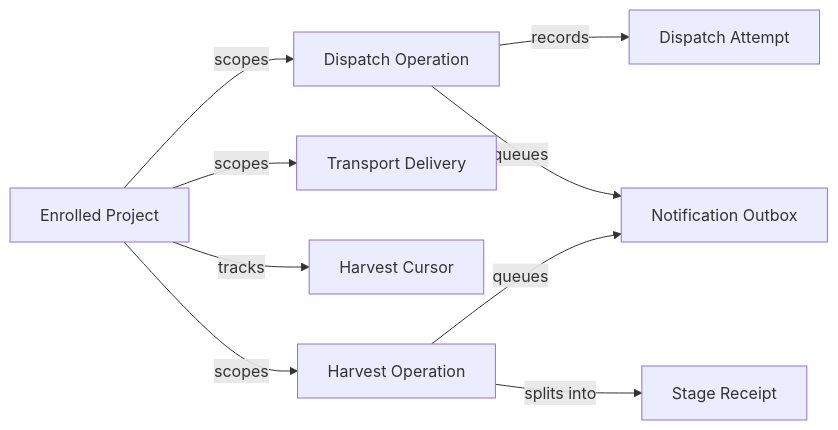
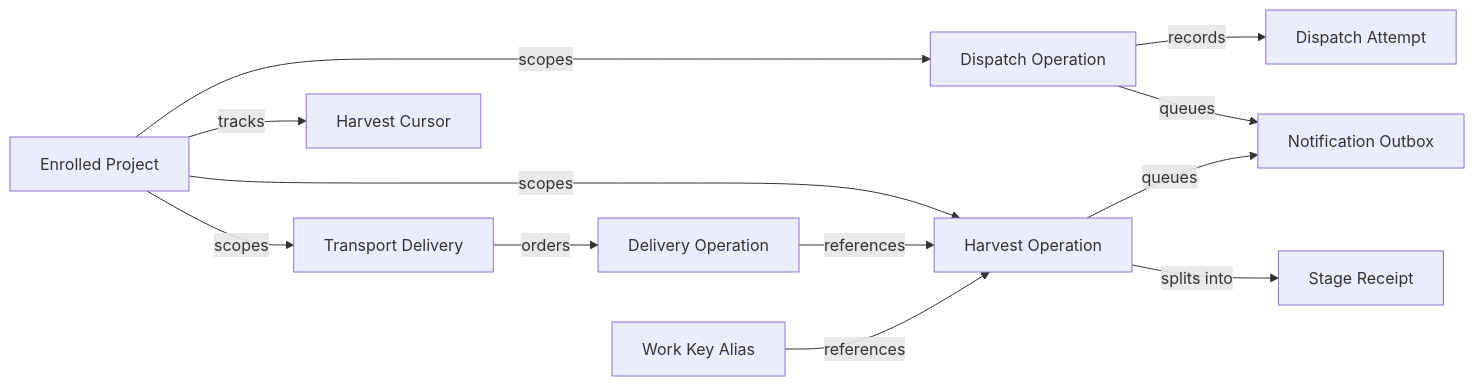
One commit to gforge-esc/gwrk changed the diagram in specs/049-durable-dispatch-harvest/data-model.md. Above: the diagram before and after it, drawn with Mermaid. The commit also changed other lines of this file and 6 other files, not shown here.

Commit message:
Verify manual harvest coverage and persist ordered delivery links

````diff
--- a/specs/049-durable-dispatch-harvest/data-model.md
+++ b/specs/049-durable-dispatch-harvest/data-model.md
@@ -7,11 +7,14 @@
 ```mermaid
 flowchart LR
   Project["Enrolled Project"] -->|scopes| Dispatch["Dispatch Operation"]
   Dispatch -->|records| Attempt["Dispatch Attempt"]
   Project -->|scopes| Delivery["Transport Delivery"]
   Project -->|tracks| Cursor["Harvest Cursor"]
   Project -->|scopes| Harvest["Harvest Operation"]
+  Delivery -->|orders| Link["Delivery Operation"]
+  Link -->|references| Harvest
+  Alias["Work Key Alias"] -->|references| Harvest
   Harvest -->|splits into| Stage["Stage Receipt"]
   Dispatch -->|queues| Outbox["Notification Outbox"]
   Harvest -->|queues| Outbox
 ```
````
